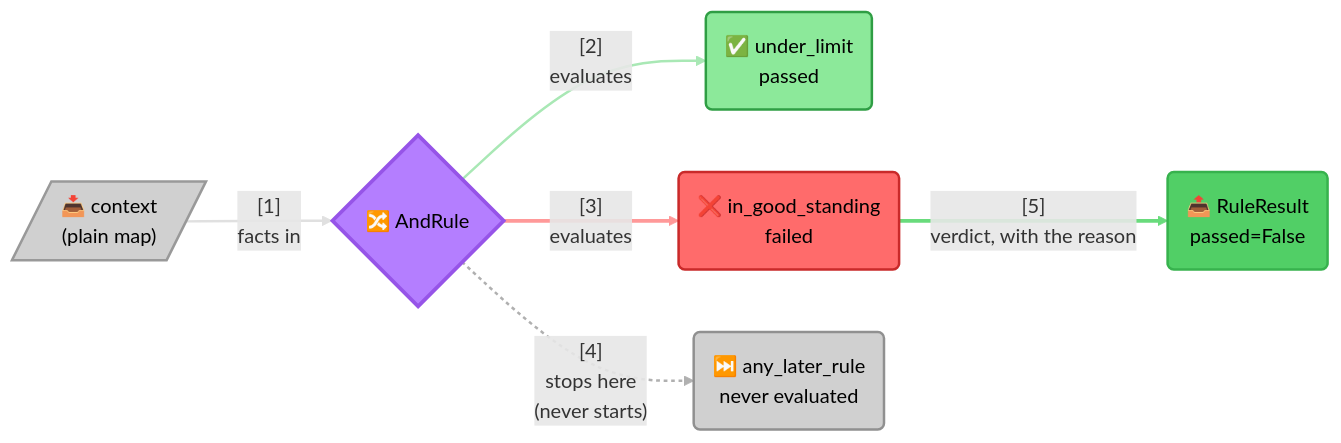
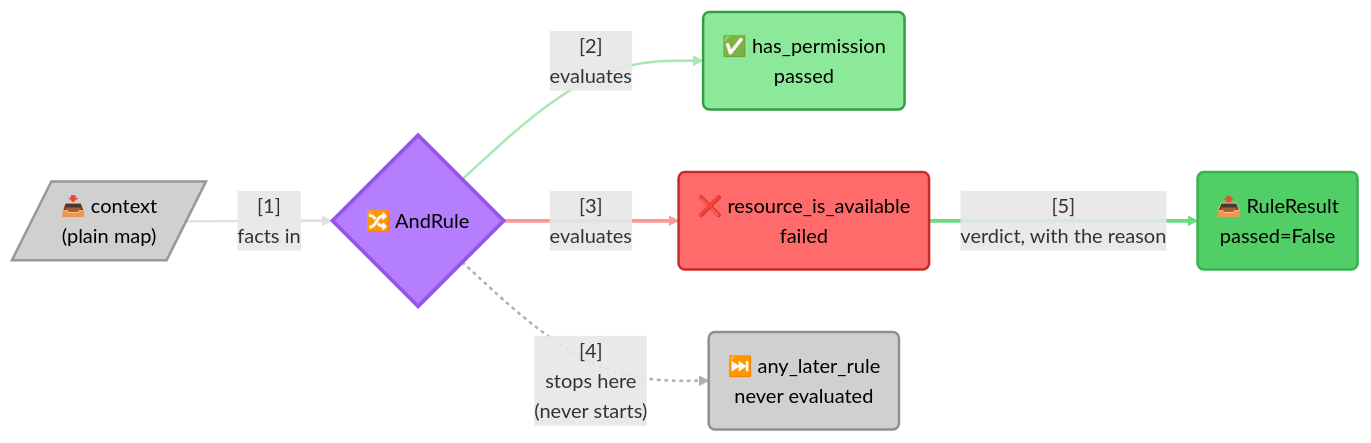
One commit to pawan-vyas/verdict-rules changed the diagram in README.md. Above: the diagram before and after it, drawn with Mermaid. The commit also changed other lines of this file and 9 other files, not shown here.

````diff
--- a/README.md
+++ b/README.md
@@ -84,39 +111,39 @@
 ```mermaid
 graph LR
     Ctx[/"📥 context<br/>(plain map)"/]
     Comp{"🔀 AndRule"}
-    R1("✅ under_limit<br/>passed")
-    R2("❌ in_good_standing<br/>failed")
+    R1("✅ has_permission<br/>passed")
+    R2("❌ resource_is_available<br/>failed")
     R3("⏭️ any_later_rule<br/>never evaluated")
     Out("📤 RuleResult<br/>passed=False")
 
     %% Link 0: context -> AndRule
     Ctx -->|"[1]<br/>facts in"| Comp
     %% Link 1: AndRule -> R1
     Comp -->|"[2]<br/>evaluates"| R1
     %% Link 2: AndRule -> R2
     Comp -->|"[3]<br/>evaluates"| R2
     %% Link 3: AndRule -> R3
     Comp -.->|"[4]<br/>stops here<br/>(never starts)"| R3
     %% Link 4: R2 -> Out
     R2 -->|"[5]<br/>verdict, with the reason"| Out
 
     style Ctx fill:#D0D0D0,stroke:#999999,stroke-width:2px,color:#000
     style Comp fill:#B47EFF,stroke:#9654E8,stroke-width:3px,color:#000
     style R1 fill:#8CE99A,stroke:#2F9E44,stroke-width:2px,color:#000
     style R2 fill:#FF6B6B,stroke:#C92A2A,stroke-width:2px,color:#000
     style R3 fill:#D0D0D0,stroke:#909090,stroke-width:2px,color:#000
     style Out fill:#51CF66,stroke:#37B24D,stroke-width:2px,color:#000
 
     %% Link Index:
     %% 0: facts enter as a plain map
     %% 1: the first sub-rule is evaluated and passes
     %% 2: the second is evaluated and fails
     %% 3: everything after it is never started at all
     %% 4: the verdict carries which rule failed and why
     linkStyle 0 stroke:#E0E0E0,stroke-width:2px
     linkStyle 1 stroke:#A9E8B5,stroke-width:2px
     linkStyle 2 stroke:#FF9999,stroke-width:3px
     linkStyle 3 stroke:#B0B0B0,stroke-width:2px,stroke-dasharray:3 3
     linkStyle 4 stroke:#69DB7C,stroke-width:3px
 ```
````
